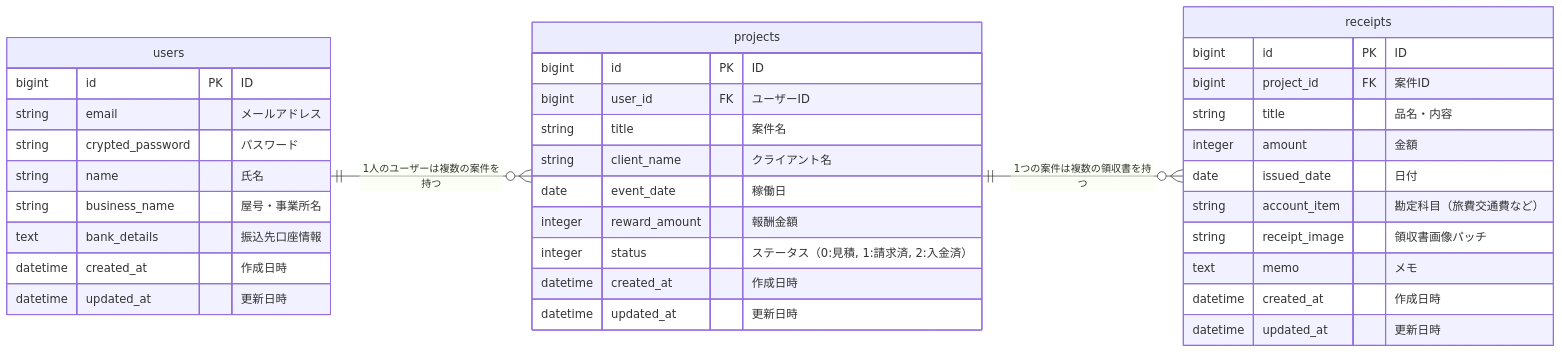
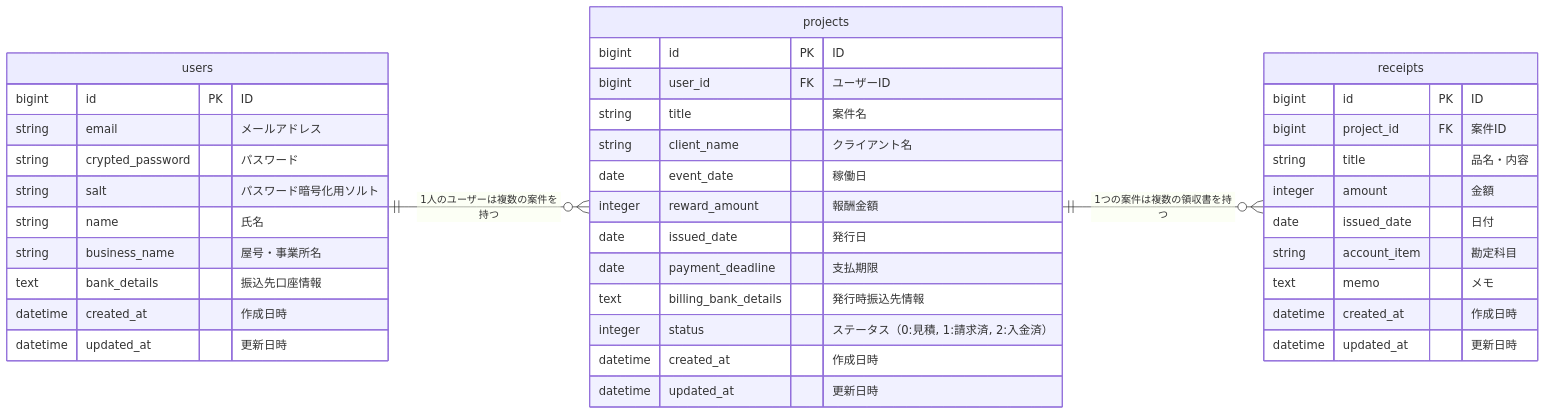
One commit to dai-aka0510/interpreter-support_app changed the diagram in README.md. Above: the diagram before and after it, drawn with Mermaid. The commit also changed other lines of this file, not shown here.

Commit message:
READMEのER図とDB制約・保護仕様を更新

````diff
--- a/README.md
+++ b/README.md
@@ -139,43 +139,46 @@
 ```mermaid
 erDiagram
     direction LR
 
     users ||--o{ projects : "1人のユーザーは複数の案件を持つ"
     projects ||--o{ receipts : "1つの案件は複数の領収書を持つ"
 
     users {
         bigint id PK "ID"
         string email "メールアドレス"
         string crypted_password "パスワード"
+        string salt "パスワード暗号化用ソルト"
         string name "氏名"
         string business_name "屋号・事業所名"
         text bank_details "振込先口座情報"
         datetime created_at "作成日時"
         datetime updated_at "更新日時"
     }
 
     projects {
         bigint id PK "ID"
         bigint user_id FK "ユーザーID"
         string title "案件名"
         string client_name "クライアント名"
         date event_date "稼働日"
         integer reward_amount "報酬金額"
+        date issued_date "発行日"
+        date payment_deadline "支払期限"
+        text billing_bank_details "発行時振込先情報"
         integer status "ステータス（0:見積, 1:請求済, 2:入金済）"
         datetime created_at "作成日時"
         datetime updated_at "更新日時"
     }
 
     receipts {
         bigint id PK "ID"
         bigint project_id FK "案件ID"
         string title "品名・内容"
         integer amount "金額"
         date issued_date "日付"
-        string account_item "勘定科目（旅費交通費など）"
-        string receipt_image "領収書画像パッチ"
+        string account_item "勘定科目"
         text memo "メモ"
         datetime created_at "作成日時"
         datetime updated_at "更新日時"
     }
 ```
````
